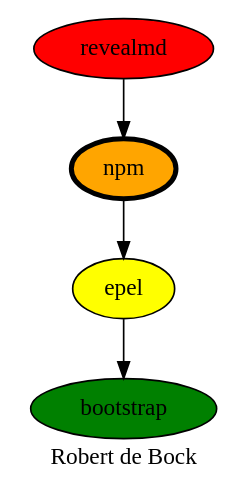
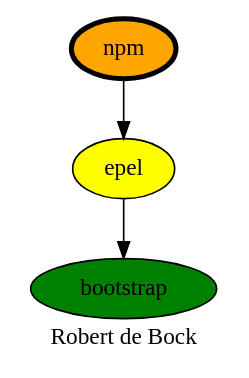
One commit to robertdebock/drawings changed the diagram in npm.dot. Above: the diagram before and after it, drawn with Graphviz. The commit also changed 12 other files, not shown here.

```diff
--- a/npm.dot
+++ b/npm.dot
@@ -1,13 +1,11 @@
 digraph PhiloDilemma {
   label = "Robert de Bock" ;
   overlap=false
   {
     bootstrap [fillcolor=green style=filled]
     epel [fillcolor=yellow style=filled]
     npm [fillcolor=orange style=filled penwidth=3]
-    revealmd [fillcolor=red style=filled]
   }
   epel -> bootstrap
   npm -> epel
-  revealmd -> npm
 }
```
